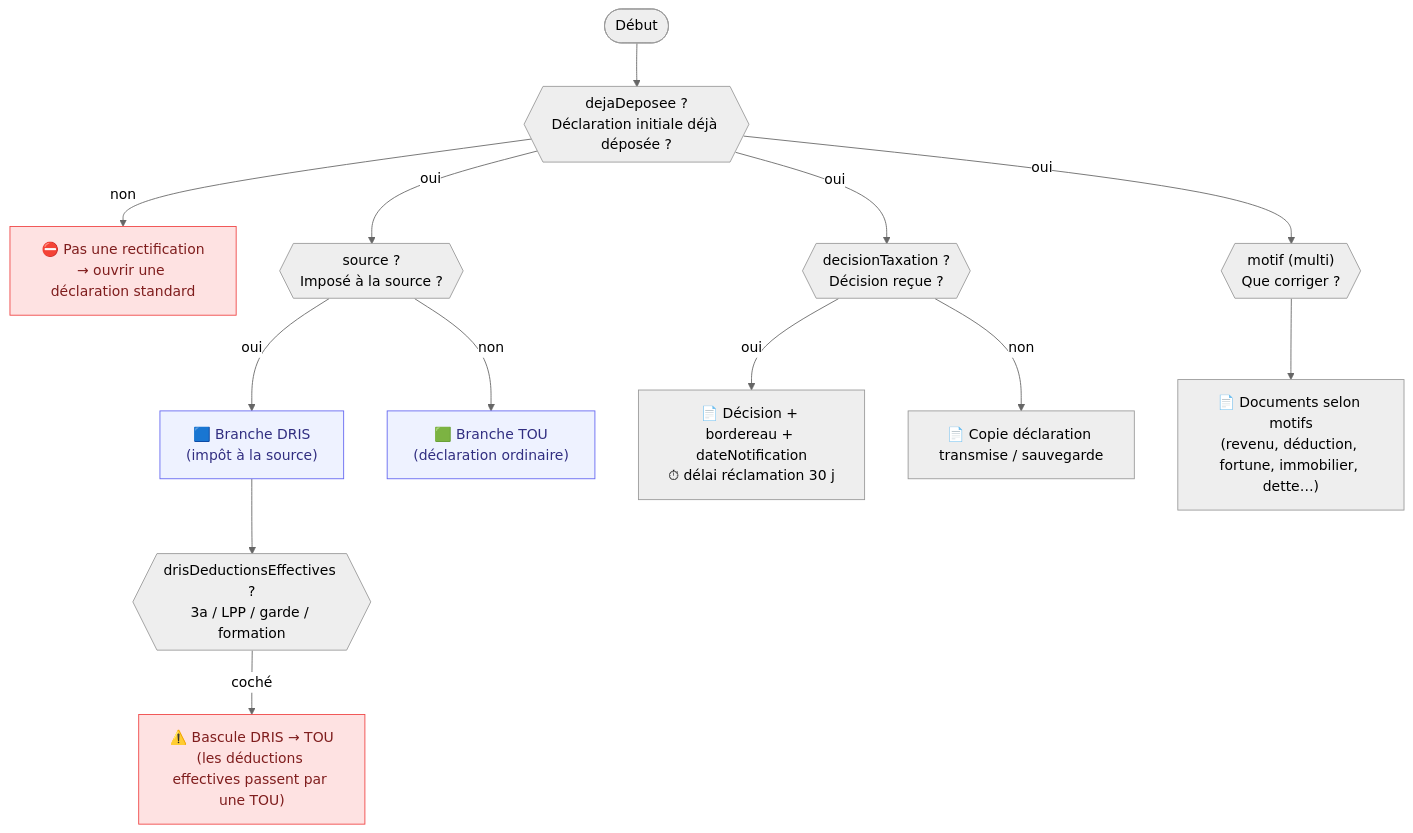
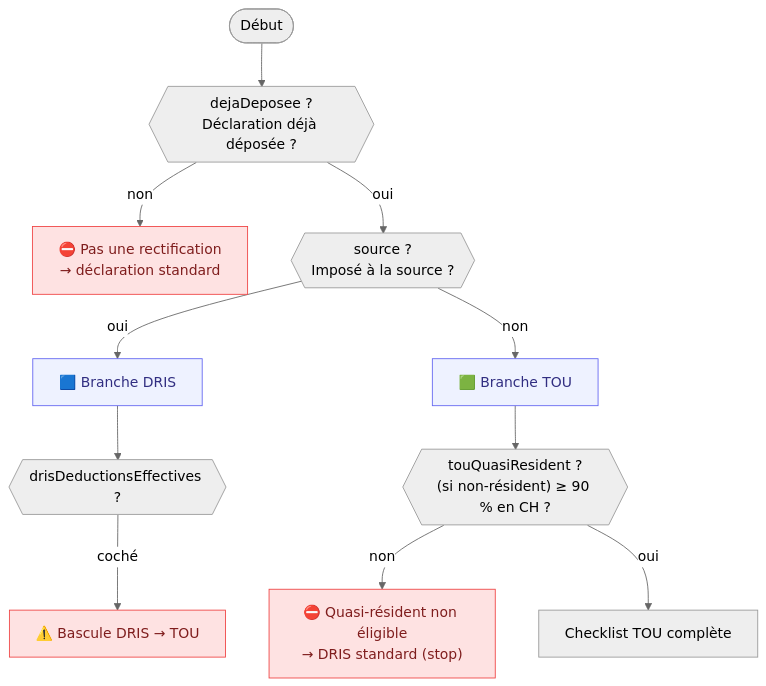
Before and after one commit to Adriendacunha/B-B-Associes: the diagram in docs/arbre-decision-rectificative.mmd, drawn with Mermaid (neutral theme). The commit also changed 3 other files, not shown here.

```diff
--- a/docs/arbre-decision-rectificative.mmd
+++ b/docs/arbre-decision-rectificative.mmd
@@ -1,20 +1,17 @@
 flowchart TD
-  START([Début]) --> DEJA{{"dejaDeposee ?<br/>Déclaration initiale déjà déposée ?"}}
-  DEJA -- non --> STOP["⛔ Pas une rectification<br/>→ ouvrir une déclaration standard"]:::stop
+  START([Début]) --> DEJA{{"dejaDeposee ?<br/>Déclaration déjà déposée ?"}}
+  DEJA -- non --> STOP["⛔ Pas une rectification<br/>→ déclaration standard"]:::stop
   DEJA -- oui --> SRC{{"source ?<br/>Imposé à la source ?"}}
 
-  SRC -- oui --> DRIS["🟦 Branche DRIS<br/>(impôt à la source)"]:::branch
-  SRC -- non --> TOU["🟩 Branche TOU<br/>(déclaration ordinaire)"]:::branch
+  SRC -- oui --> DRIS["🟦 Branche DRIS"]:::branch
+  SRC -- non --> TOU["🟩 Branche TOU"]:::branch
 
-  DEJA -- oui --> DEC{{"decisionTaxation ?<br/>Décision reçue ?"}}
-  DEC -- oui --> DECDOCS["📄 Décision + bordereau + dateNotification<br/>⏱ délai réclamation 30 j"]
-  DEC -- non --> COPIE["📄 Copie déclaration transmise / sauvegarde"]
+  TOU --> QR{{"touQuasiResident ?<br/>(si non-résident) ≥ 90 % en CH ?"}}
+  QR -- non --> NELIG["⛔ Quasi-résident non éligible<br/>→ DRIS standard (stop)"]:::stop
+  QR -- oui --> TOUOK["Checklist TOU complète"]
 
-  DEJA -- oui --> MOTIF{{"motif (multi)<br/>Que corriger ?"}}
-  MOTIF --> MOTIFDOCS["📄 Documents selon motifs<br/>(revenu, déduction, fortune, immobilier, dette…)"]
-
-  DRIS --> DEDUC{{"drisDeductionsEffectives ?<br/>3a / LPP / garde / formation"}}
-  DEDUC -- coché --> BASCULE["⚠️ Bascule DRIS → TOU<br/>(les déductions effectives passent par une TOU)"]:::stop
+  DRIS --> DEDUC{{"drisDeductionsEffectives ?"}}
+  DEDUC -- coché --> BASCULE["⚠️ Bascule DRIS → TOU"]:::stop
 
   classDef stop fill:#fee2e2,stroke:#ef4444,color:#7f1d1d;
   classDef branch fill:#eef2ff,stroke:#6366f1,color:#312e81;
```
